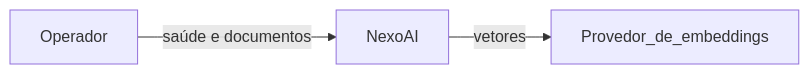
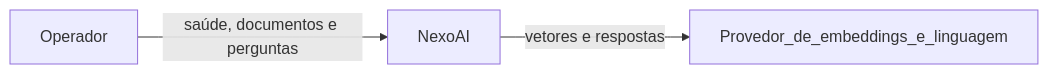
One commit to ricartefelipe/nexo-ai-knowledge changed the first of 3 diagrams in docs/architecture/c4.md. Above: the diagram before and after it, drawn with Mermaid. The commit also changed other lines of this file and 9 other files, not shown here.

````diff
--- a/docs/architecture/c4.md
+++ b/docs/architecture/c4.md
@@ -9,8 +9,8 @@
 ```mermaid
 flowchart LR
   operator[Operador]
   nexo[NexoAI]
-  embeddings[Provedor_de_embeddings]
-  operator -->|"saúde e documentos"| nexo
-  nexo -->|"vetores"| embeddings
+  provider[Provedor_de_embeddings_e_linguagem]
+  operator -->|"saúde, documentos e perguntas"| nexo
+  nexo -->|"vetores e respostas"| provider
 ```
````
